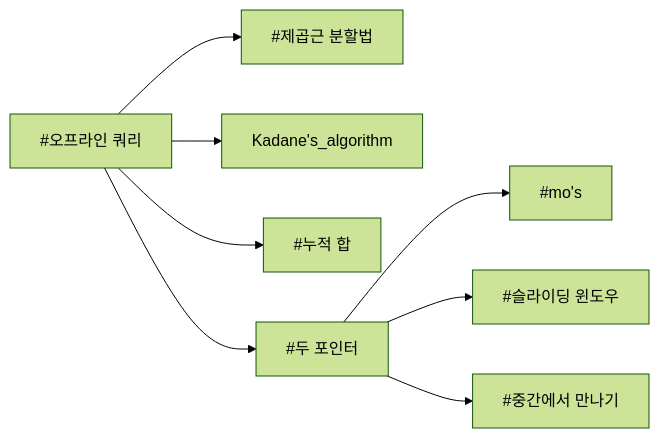
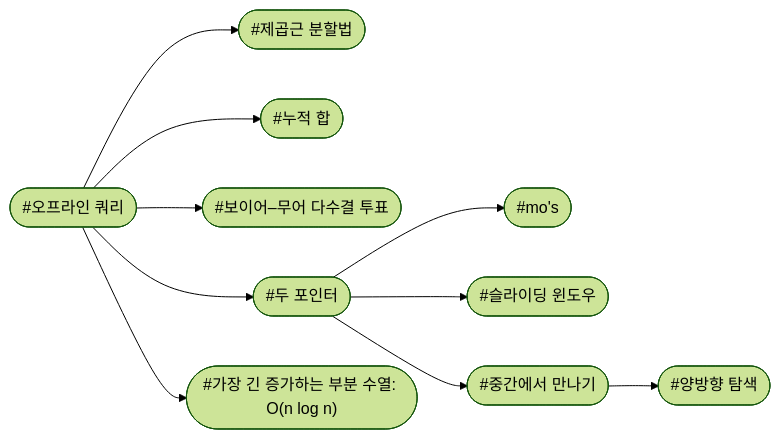
The seventh of 12 diagrams in index.md (CHOYUNSIG/algorithm_with_boj), drawn with Mermaid (forest theme) before and after one commit. The commit also changed other lines of this file and 1 other file, not shown here.

```diff
--- a/index.md
+++ b/index.md
@@ -240,19 +299,24 @@
 <pre class="mermaid">
     graph LR
 
     #offline_queries --> #sqrt_decomposition
-    #offline_queries --> Kadane's_algorithm
     #offline_queries --> #prefix_sum
+    #offline_queries --> #majority_vote
     #offline_queries --> #two_pointer
+    #offline_queries --> #lis
     #two_pointer --> #mo
     #two_pointer --> #sliding_window
     #two_pointer --> #mitm
+    #mitm --> #bidirectional_search
 
-    #mitm[#중간에서 만나기]
-    #mo[#mo's]
-    #offline_queries[#오프라인 쿼리]
-    #prefix_sum[#누적 합]
-    #sliding_window[#슬라이딩 윈도우]
-    #sqrt_decomposition[#제곱근 분할법]
-    #two_pointer[#두 포인터]
+    #mo(["#mo's"])
+    #lis(["#가장 긴 증가하는 부분 수열: O(n log n)"])
+    #prefix_sum(["#누적 합"])
+    #two_pointer(["#두 포인터"])
+    #majority_vote(["#보이어–무어 다수결 투표"])
+    #sliding_window(["#슬라이딩 윈도우"])
+    #bidirectional_search(["#양방향 탐색"])
+    #offline_queries(["#오프라인 쿼리"])
+    #sqrt_decomposition(["#제곱근 분할법"])
+    #mitm(["#중간에서 만나기"])
 </pre>
```
